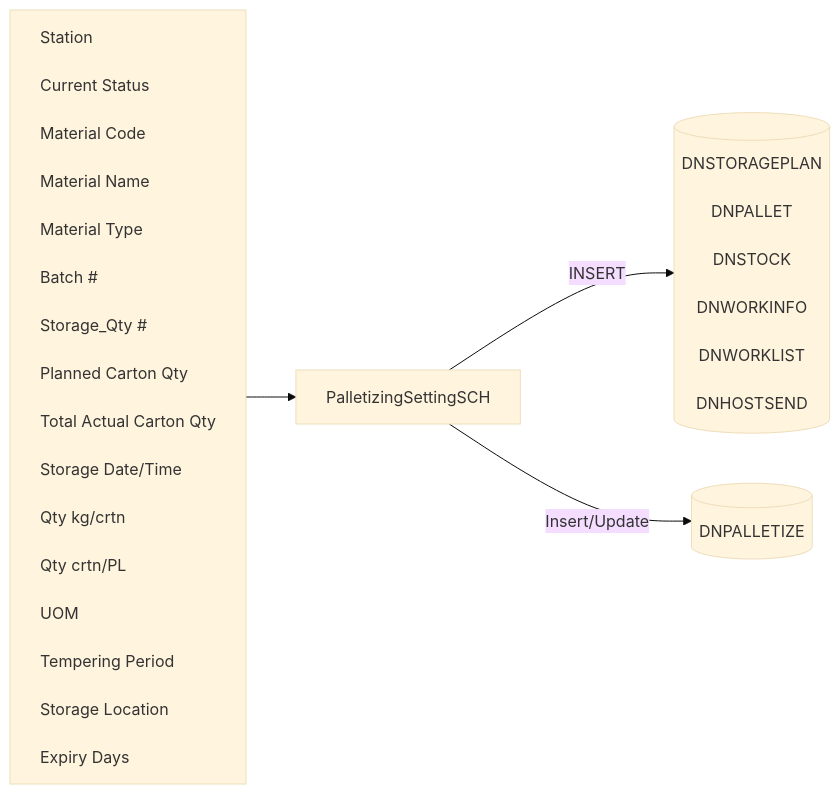
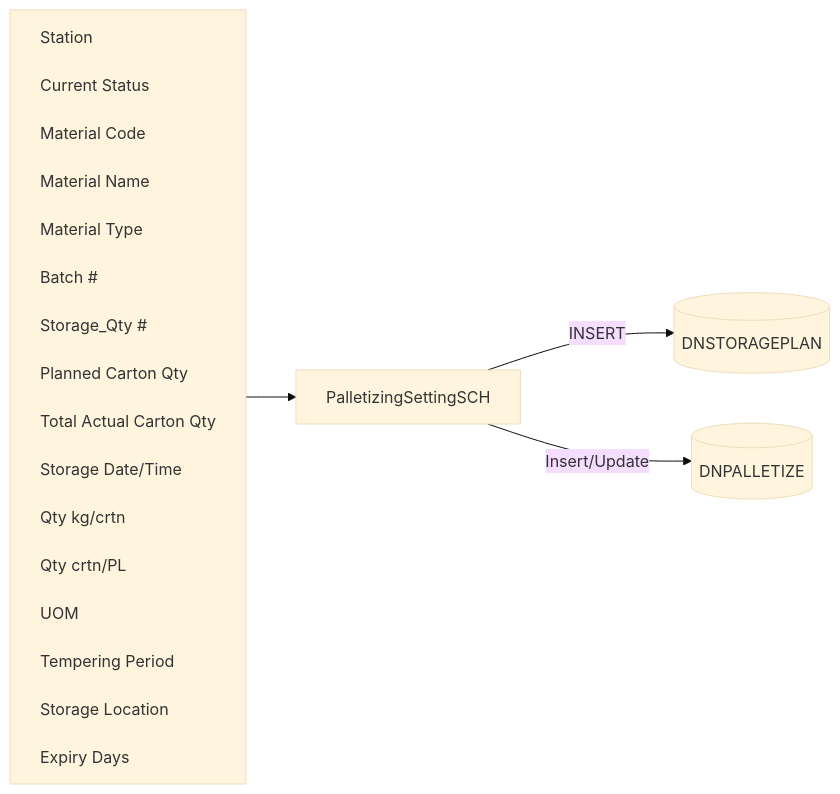
One commit to luthfiadityaa/SimeDarby-Wiki changed the diagram in Basic-Design/DFD-WMS/Storage/Palletizing-Settting/Batch-End.md. Above: the diagram before and after it, drawn with Mermaid (base theme). The commit also changed other lines of this file, not shown here.

```diff
--- a/Basic-Design/DFD-WMS/Storage/Palletizing-Settting/Batch-End.md
+++ b/Basic-Design/DFD-WMS/Storage/Palletizing-Settting/Batch-End.md
@@ -21,43 +21,38 @@
 ::: mermaid
 flowchart LR
     input[
         Station<br>
         Current Status<br>
         Material Code<br>
         Material Name<br>
         Material Type<br>
         Batch #<br>
         Storage_Qty #<br>
         Planned Carton Qty<br>
         Total Actual Carton Qty<br>
         Storage Date/Time<br>
         Qty kg/crtn<br>
         Qty crtn/PL<br>
         UOM<br>
         Tempering Period<br>
         Storage Location<br>
         Expiry Days<br>
     ]
 
     tableList-insert-update[("
         DNPALLETIZE<br>
     ")]
 
     tableList-insert[("
-        DNSTORAGEPLAN<br>
-        DNPALLET<br>
-        DNSTOCK<br>
-        DNWORKINFO<br>
-        DNWORKLIST<br>
-        DNHOSTSEND<br>
+        DNSTORAGEPLAN
     ")]
 
     className[PalletizingSettingSCH]
 
     input --> className --> |INSERT| tableList-insert
     className --> |Insert/Update| tableList-insert-update
 
     classDef leftAlign text-align:left;
     class input leftAlign;
 
 :::
```
